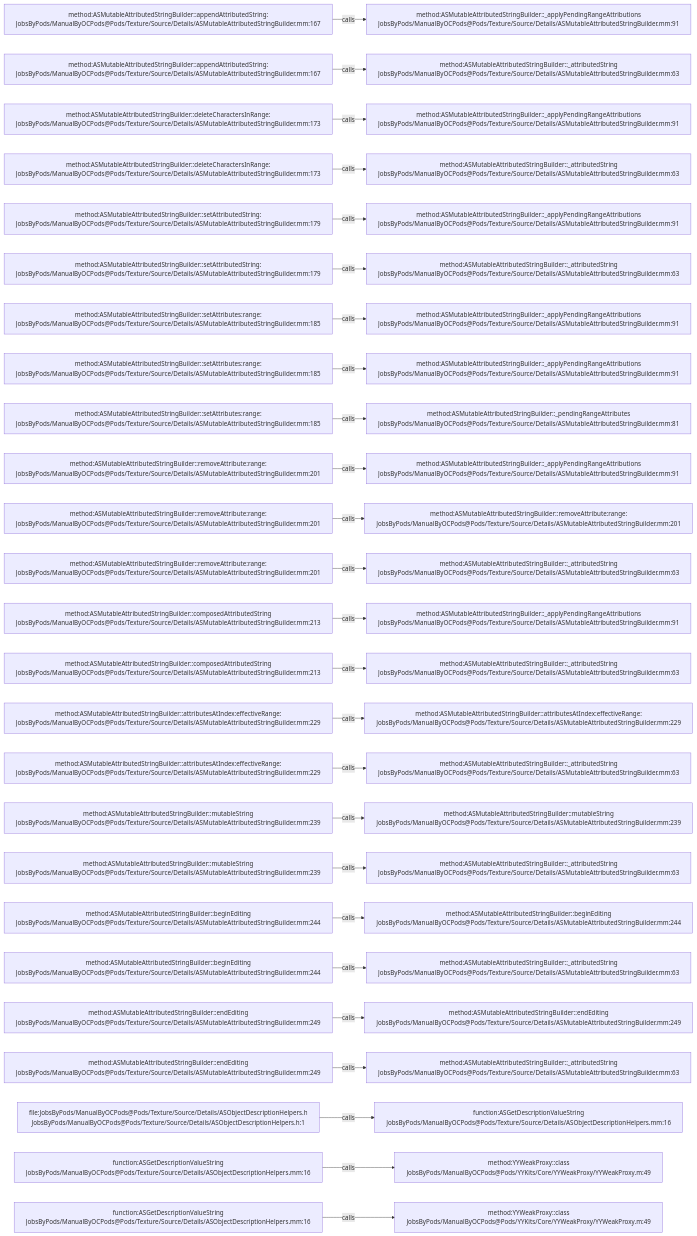
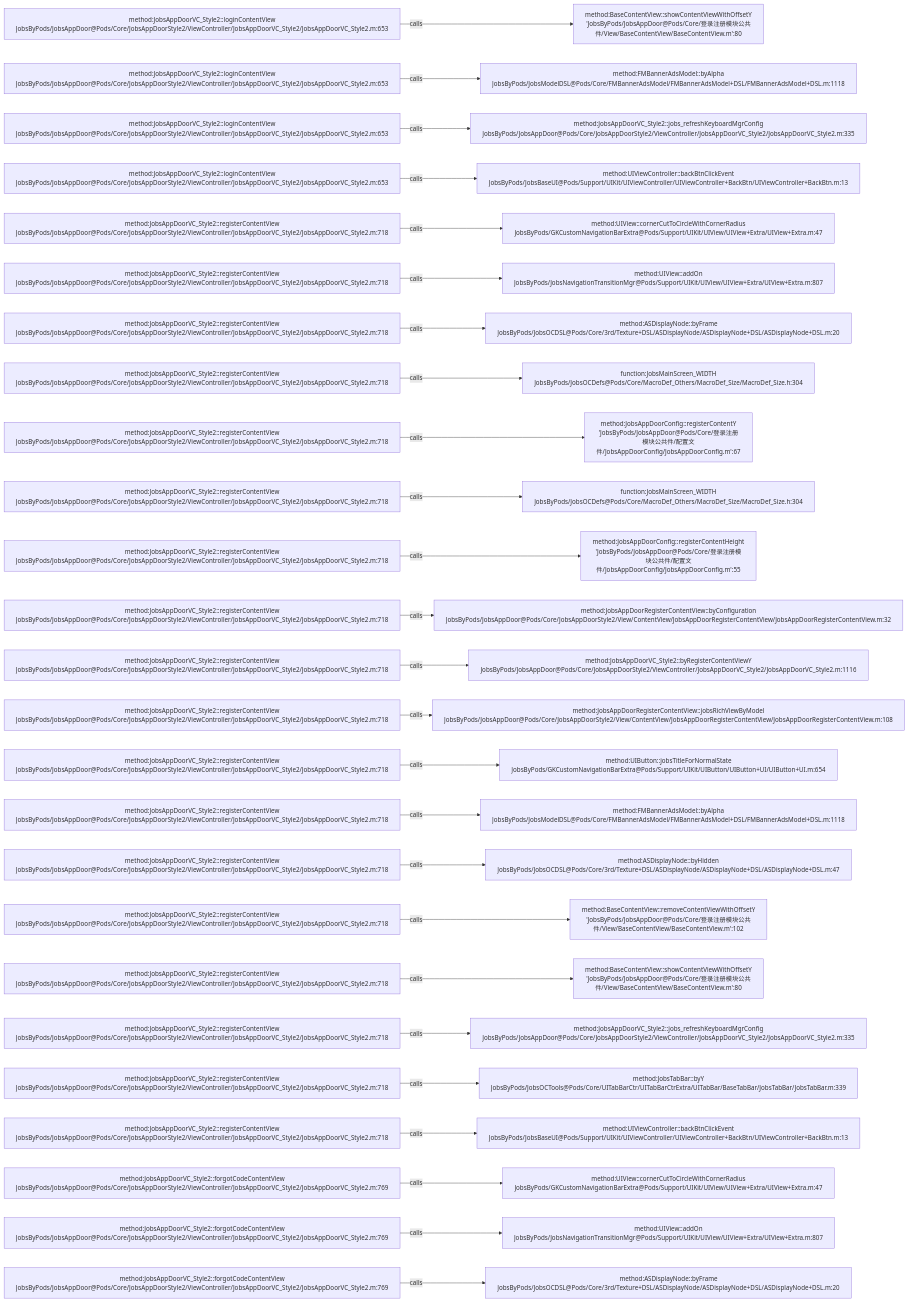
One commit to JobsKits/JobsOCBaseConfigDemo changed the diagram in .codegraph/codegraph.md/graphs/calls-144.md. Above: the diagram before and after it, drawn with Mermaid. The commit also changed 768 other files, not shown here.

````diff
--- a/.codegraph/codegraph.md/graphs/calls-144.md
+++ b/.codegraph/codegraph.md/graphs/calls-144.md
@@ -13,78 +13,78 @@
 ```mermaid
 flowchart LR
-  S1["method:ASMutableAttributedStringBuilder::appendAttributedString:<br/>JobsByPods/ManualByOCPods@Pods/Texture/Source/Details/ASMutableAttributedStringBuilder.mm:167"]
-  T1["method:ASMutableAttributedStringBuilder::_applyPendingRangeAttributions<br/>JobsByPods/ManualByOCPods@Pods/Texture/Source/Details/ASMutableAttributedStringBuilder.mm:91"]
+  S1["method:JobsAppDoorVC_Style2::loginContentView<br/>JobsByPods/JobsAppDoor@Pods/Core/JobsAppDoorStyle2/ViewController/JobsAppDoorVC_Style2/JobsAppDoorVC_Style2.m:653"]
+  T1["method:BaseContentView::showContentViewWithOffsetY<br/>'JobsByPods/JobsAppDoor@Pods/Core/登录注册模块公共件/View/BaseContentView/BaseContentView.m':80"]
   S1 -->|calls| T1
-  S2["method:ASMutableAttributedStringBuilder::appendAttributedString:<br/>JobsByPods/ManualByOCPods@Pods/Texture/Source/Details/ASMutableAttributedStringBuilder.mm:167"]
-  T2["method:ASMutableAttributedStringBuilder::_attributedString<br/>JobsByPods/ManualByOCPods@Pods/Texture/Source/Details/ASMutableAttributedStringBuilder.mm:63"]
+  S2["method:JobsAppDoorVC_Style2::loginContentView<br/>JobsByPods/JobsAppDoor@Pods/Core/JobsAppDoorStyle2/ViewController/JobsAppDoorVC_Style2/JobsAppDoorVC_Style2.m:653"]
+  T2["method:FMBannerAdsModel::byAlpha<br/>JobsByPods/JobsModelDSL@Pods/Core/FMBannerAdsModel/FMBannerAdsModel+DSL/FMBannerAdsModel+DSL.m:1118"]
   S2 -->|calls| T2
-  S3["method:ASMutableAttributedStringBuilder::deleteCharactersInRange:<br/>JobsByPods/ManualByOCPods@Pods/Texture/Source/Details/ASMutableAttributedStringBuilder.mm:173"]
-  T3["method:ASMutableAttributedStringBuilder::_applyPendingRangeAttributions<br/>JobsByPods/ManualByOCPods@Pods/Texture/Source/Details/ASMutableAttributedStringBuilder.mm:91"]
+  S3["method:JobsAppDoorVC_Style2::loginContentView<br/>JobsByPods/JobsAppDoor@Pods/Core/JobsAppDoorStyle2/ViewController/JobsAppDoorVC_Style2/JobsAppDoorVC_Style2.m:653"]
+  T3["method:JobsAppDoorVC_Style2::jobs_refreshKeyboardMgrConfig<br/>JobsByPods/JobsAppDoor@Pods/Core/JobsAppDoorStyle2/ViewController/JobsAppDoorVC_Style2/JobsAppDoorVC_Style2.m:335"]
   S3 -->|calls| T3
-  S4["method:ASMutableAttributedStringBuilder::deleteCharactersInRange:<br/>JobsByPods/ManualByOCPods@Pods/Texture/Source/Details/ASMutableAttributedStringBuilder.mm:173"]
-  T4["method:ASMutableAttributedStringBuilder::_attributedString<br/>JobsByPods/ManualByOCPods@Pods/Texture/Source/Details/ASMutableAttributedStringBuilder.mm:63"]
+  S4["method:JobsAppDoorVC_Style2::loginContentView<br/>JobsByPods/JobsAppDoor@Pods/Core/JobsAppDoorStyle2/ViewController/JobsAppDoorVC_Style2/JobsAppDoorVC_Style2.m:653"]
+  T4["method:UIViewController::backBtnClickEvent<br/>JobsByPods/JobsBaseUI@Pods/Support/UIKit/UIViewController/UIViewController+BackBtn/UIViewController+BackBtn.m:13"]
   S4 -->|calls| T4
-  S5["method:ASMutableAttributedStringBuilder::setAttributedString:<br/>JobsByPods/ManualByOCPods@Pods/Texture/Source/Details/ASMutableAttributedStringBuilder.mm:179"]
-  T5["method:ASMutableAttributedStringBuilder::_applyPendingRangeAttributions<br/>JobsByPods/ManualByOCPods@Pods/Texture/Source/Details/ASMutableAttributedStringBuilder.mm:91"]
+  S5["method:JobsAppDoorVC_Style2::registerContentView<br/>JobsByPods/JobsAppDoor@Pods/Core/JobsAppDoorStyle2/ViewController/JobsAppDoorVC_Style2/JobsAppDoorVC_Style2.m:718"]
+  T5["method:UIView::cornerCutToCircleWithCornerRadius<br/>JobsByPods/GKCustomNavigationBarExtra@Pods/Support/UIKit/UIView/UIView+Extra/UIView+Extra.m:47"]
   S5 -->|calls| T5
-  S6["method:ASMutableAttributedStringBuilder::setAttributedString:<br/>JobsByPods/ManualByOCPods@Pods/Texture/Source/Details/ASMutableAttributedStringBuilder.mm:179"]
-  T6["method:ASMutableAttributedStringBuilder::_attributedString<br/>JobsByPods/ManualByOCPods@Pods/Texture/Source/Details/ASMutableAttributedStringBuilder.mm:63"]
+  S6["method:JobsAppDoorVC_Style2::registerContentView<br/>JobsByPods/JobsAppDoor@Pods/Core/JobsAppDoorStyle2/ViewController/JobsAppDoorVC_Style2/JobsAppDoorVC_Style2.m:718"]
+  T6["method:UIView::addOn<br/>JobsByPods/JobsNavigationTransitionMgr@Pods/Support/UIKit/UIView/UIView+Extra/UIView+Extra.m:807"]
   S6 -->|calls| T6
-  S7["method:ASMutableAttributedStringBuilder::setAttributes:range:<br/>JobsByPods/ManualByOCPods@Pods/Texture/Source/Details/ASMutableAttributedStringBuilder.mm:185"]
-  T7["method:ASMutableAttributedStringBuilder::_applyPendingRangeAttributions<br/>JobsByPods/ManualByOCPods@Pods/Texture/Source/Details/ASMutableAttributedStringBuilder.mm:91"]
+  S7["method:JobsAppDoorVC_Style2::registerContentView<br/>JobsByPods/JobsAppDoor@Pods/Core/JobsAppDoorStyle2/ViewController/JobsAppDoorVC_Style2/JobsAppDoorVC_Style2.m:718"]
+  T7["method:ASDisplayNode::byFrame<br/>JobsByPods/JobsOCDSL@Pods/Core/3rd/Texture+DSL/ASDisplayNode/ASDisplayNode+DSL/ASDisplayNode+DSL.m:20"]
   S7 -->|calls| T7
-  S8["method:ASMutableAttributedStringBuilder::setAttributes:range:<br/>JobsByPods/ManualByOCPods@Pods/Texture/Source/Details/ASMutableAttributedStringBuilder.mm:185"]
-  T8["method:ASMutableAttributedStringBuilder::_applyPendingRangeAttributions<br/>JobsByPods/ManualByOCPods@Pods/Texture/Source/Details/ASMutableAttributedStringBuilder.mm:91"]
+  S8["method:JobsAppDoorVC_Style2::registerContentView<br/>JobsByPods/JobsAppDoor@Pods/Core/JobsAppDoorStyle2/ViewController/JobsAppDoorVC_Style2/JobsAppDoorVC_Style2.m:718"]
+  T8["function:JobsMainScreen_WIDTH<br/>JobsByPods/JobsOCDefs@Pods/Core/MacroDef_Others/MacroDef_Size/MacroDef_Size.h:304"]
   S8 -->|calls| T8
-  S9["method:ASMutableAttributedStringBuilder::setAttributes:range:<br/>JobsByPods/ManualByOCPods@Pods/Texture/Source/Details/ASMutableAttributedStringBuilder.mm:185"]
-  T9["method:ASMutableAttributedStringBuilder::_pendingRangeAttributes<br/>JobsByPods/ManualByOCPods@Pods/Texture/Source/Details/ASMutableAttributedStringBuilder.mm:81"]
+  S9["method:JobsAppDoorVC_Style2::registerContentView<br/>JobsByPods/JobsAppDoor@Pods/Core/JobsAppDoorStyle2/ViewController/JobsAppDoorVC_Style2/JobsAppDoorVC_Style2.m:718"]
+  T9["method:JobsAppDoorConfig::registerContentY<br/>'JobsByPods/JobsAppDoor@Pods/Core/登录注册模块公共件/配置文件/JobsAppDoorConfig/JobsAppDoorConfig.m':67"]
   S9 -->|calls| T9
-  S10["method:ASMutableAttributedStringBuilder::removeAttribute:range:<br/>JobsByPods/ManualByOCPods@Pods/Texture/Source/Details/ASMutableAttributedStringBuilder.mm:201"]
-  T10["method:ASMutableAttributedStringBuilder::_applyPendingRangeAttributions<br/>JobsByPods/ManualByOCPods@Pods/Texture/Source/Details/ASMutableAttributedStringBuilder.mm:91"]
+  S10["method:JobsAppDoorVC_Style2::registerContentView<br/>JobsByPods/JobsAppDoor@Pods/Core/JobsAppDoorStyle2/ViewController/JobsAppDoorVC_Style2/JobsAppDoorVC_Style2.m:718"]
+  T10["function:JobsMainScreen_WIDTH<br/>JobsByPods/JobsOCDefs@Pods/Core/MacroDef_Others/MacroDef_Size/MacroDef_Size.h:304"]
   S10 -->|calls| T10
-  S11["method:ASMutableAttributedStringBuilder::removeAttribute:range:<br/>JobsByPods/ManualByOCPods@Pods/Texture/Source/Details/ASMutableAttributedStringBuilder.mm:201"]
-  T11["method:ASMutableAttributedStringBuilder::removeAttribute:range:<br/>JobsByPods/ManualByOCPods@Pods/Texture/Source/Details/ASMutableAttributedStringBuilder.mm:201"]
+  S11["method:JobsAppDoorVC_Style2::registerContentView<br/>JobsByPods/JobsAppDoor@Pods/Core/JobsAppDoorStyle2/ViewController/JobsAppDoorVC_Style2/JobsAppDoorVC_Style2.m:718"]
+  T11["method:JobsAppDoorConfig::registerContentHeight<br/>'JobsByPods/JobsAppDoor@Pods/Core/登录注册模块公共件/配置文件/JobsAppDoorConfig/JobsAppDoorConfig.m':55"]
   S11 -->|calls| T11
-  S12["method:ASMutableAttributedStringBuilder::removeAttribute:range:<br/>JobsByPods/ManualByOCPods@Pods/Texture/Source/Details/ASMutableAttributedStringBuilder.mm:201"]
-  T12["method:ASMutableAttributedStringBuilder::_attributedString<br/>JobsByPods/ManualByOCPods@Pods/Texture/Source/Details/ASMutableAttributedStringBuilder.mm:63"]
+  S12["method:JobsAppDoorVC_Style2::registerContentView<br/>JobsByPods/JobsAppDoor@Pods/Core/JobsAppDoorStyle2/ViewController/JobsAppDoorVC_Style2/JobsAppDoorVC_Style2.m:718"]
+  T12["method:JobsAppDoorRegisterContentView::byConfiguration<br/>JobsByPods/JobsAppDoor@Pods/Core/JobsAppDoorStyle2/View/ContentView/JobsAppDoorRegisterContentView/JobsAppDoorRegisterContentView.m:32"]
   S12 -->|calls| T12
-  S13["method:ASMutableAttributedStringBuilder::composedAttributedString<br/>JobsByPods/ManualByOCPods@Pods/Texture/Source/Details/ASMutableAttributedStringBuilder.mm:213"]
-  T13["method:ASMutableAttributedStringBuilder::_applyPendingRangeAttributions<br/>JobsByPods/ManualByOCPods@Pods/Texture/Source/Details/ASMutableAttributedStringBuilder.mm:91"]
+  S13["method:JobsAppDoorVC_Style2::registerContentView<br/>JobsByPods/JobsAppDoor@Pods/Core/JobsAppDoorStyle2/ViewController/JobsAppDoorVC_Style2/JobsAppDoorVC_Style2.m:718"]
+  T13["method:JobsAppDoorVC_Style2::byRegisterContentViewY<br/>JobsByPods/JobsAppDoor@Pods/Core/JobsAppDoorStyle2/ViewController/JobsAppDoorVC_Style2/JobsAppDoorVC_Style2.m:1116"]
   S13 -->|calls| T13
-  S14["method:ASMutableAttributedStringBuilder::composedAttributedString<br/>JobsByPods/ManualByOCPods@Pods/Texture/Source/Details/ASMutableAttributedStringBuilder.mm:213"]
-  T14["method:ASMutableAttributedStringBuilder::_attributedString<br/>JobsByPods/ManualByOCPods@Pods/Texture/Source/Details/ASMutableAttributedStringBuilder.mm:63"]
+  S14["method:JobsAppDoorVC_Style2::registerContentView<br/>JobsByPods/JobsAppDoor@Pods/Core/JobsAppDoorStyle2/ViewController/JobsAppDoorVC_Style2/JobsAppDoorVC_Style2.m:718"]
+  T14["method:JobsAppDoorRegisterContentView::jobsRichViewByModel<br/>JobsByPods/JobsAppDoor@Pods/Core/JobsAppDoorStyle2/View/ContentView/JobsAppDoorRegisterContentView/JobsAppDoorRegisterContentView.m:108"]
   S14 -->|calls| T14
-  S15["method:ASMutableAttributedStringBuilder::attributesAtIndex:effectiveRange:<br/>JobsByPods/ManualByOCPods@Pods/Texture/Source/Details/ASMutableAttributedStringBuilder.mm:229"]
-  T15["method:ASMutableAttributedStringBuilder::attributesAtIndex:effectiveRange:<br/>JobsByPods/ManualByOCPods@Pods/Texture/Source/Details/ASMutableAttributedStringBuilder.mm:229"]
+  S15["method:JobsAppDoorVC_Style2::registerContentView<br/>JobsByPods/JobsAppDoor@Pods/Core/JobsAppDoorStyle2/ViewController/JobsAppDoorVC_Style2/JobsAppDoorVC_Style2.m:718"]
+  T15["method:UIButton::jobsTitleForNormalState<br/>JobsByPods/GKCustomNavigationBarExtra@Pods/Support/UIKit/UIButton/UIButton+UI/UIButton+UI.m:654"]
   S15 -->|calls| T15
-  S16["method:ASMutableAttributedStringBuilder::attributesAtIndex:effectiveRange:<br/>JobsByPods/ManualByOCPods@Pods/Texture/Source/Details/ASMutableAttributedStringBuilder.mm:229"]
-  T16["method:ASMutableAttributedStringBuilder::_attributedString<br/>JobsByPods/ManualByOCPods@Pods/Texture/Source/Details/ASMutableAttributedStringBuilder.mm:63"]
+  S16["method:JobsAppDoorVC_Style2::registerContentView<br/>JobsByPods/JobsAppDoor@Pods/Core/JobsAppDoorStyle2/ViewController/JobsAppDoorVC_Style2/JobsAppDoorVC_Style2.m:718"]
+  T16["method:FMBannerAdsModel::byAlpha<br/>JobsByPods/JobsModelDSL@Pods/Core/FMBannerAdsModel/FMBannerAdsModel+DSL/FMBannerAdsModel+DSL.m:1118"]
   S16 -->|calls| T16
-  S17["method:ASMutableAttributedStringBuilder::mutableString<br/>JobsByPods/ManualByOCPods@Pods/Texture/Source/Details/ASMutableAttributedStringBuilder.mm:239"]
-  T17["method:ASMutableAttributedStringBuilder::mutableString<br/>JobsByPods/ManualByOCPods@Pods/Texture/Source/Details/ASMutableAttributedStringBuilder.mm:239"]
+  S17["method:JobsAppDoorVC_Style2::registerContentView<br/>JobsByPods/JobsAppDoor@Pods/Core/JobsAppDoorStyle2/ViewController/JobsAppDoorVC_Style2/JobsAppDoorVC_Style2.m:718"]
+  T17["method:ASDisplayNode::byHidden<br/>JobsByPods/JobsOCDSL@Pods/Core/3rd/Texture+DSL/ASDisplayNode/ASDisplayNode+DSL/ASDisplayNode+DSL.m:47"]
   S17 -->|calls| T17
-  S18["method:ASMutableAttributedStringBuilder::mutableString<br/>JobsByPods/ManualByOCPods@Pods/Texture/Source/Details/ASMutableAttributedStringBuilder.mm:239"]
-  T18["method:ASMutableAttributedStringBuilder::_attributedString<br/>JobsByPods/ManualByOCPods@Pods/Texture/Source/Details/ASMutableAttributedStringBuilder.mm:63"]
+  S18["method:JobsAppDoorVC_Style2::registerContentView<br/>JobsByPods/JobsAppDoor@Pods/Core/JobsAppDoorStyle2/ViewController/JobsAppDoorVC_Style2/JobsAppDoorVC_Style2.m:718"]
+  T18["method:BaseContentView::removeContentViewWithOffsetY<br/>'JobsByPods/JobsAppDoor@Pods/Core/登录注册模块公共件/View/BaseContentView/BaseContentView.m':102"]
   S18 -->|calls| T18
-  S19["method:ASMutableAttributedStringBuilder::beginEditing<br/>JobsByPods/ManualByOCPods@Pods/Texture/Source/Details/ASMutableAttributedStringBuilder.mm:244"]
-  T19["method:ASMutableAttributedStringBuilder::beginEditing<br/>JobsByPods/ManualByOCPods@Pods/Texture/Source/Details/ASMutableAttributedStringBuilder.mm:244"]
+  S19["method:JobsAppDoorVC_Style2::registerContentView<br/>JobsByPods/JobsAppDoor@Pods/Core/JobsAppDoorStyle2/ViewController/JobsAppDoorVC_Style2/JobsAppDoorVC_Style2.m:718"]
+  T19["method:BaseContentView::showContentViewWithOffsetY<br/>'JobsByPods/JobsAppDoor@Pods/Core/登录注册模块公共件/View/BaseContentView/BaseContentView.m':80"]
   S19 -->|calls| T19
-  S20["method:ASMutableAttributedStringBuilder::beginEditing<br/>JobsByPods/ManualByOCPods@Pods/Texture/Source/Details/ASMutableAttributedStringBuilder.mm:244"]
-  T20["method:ASMutableAttributedStringBuilder::_attributedString<br/>JobsByPods/ManualByOCPods@Pods/Texture/Source/Details/ASMutableAttributedStringBuilder.mm:63"]
+  S20["method:JobsAppDoorVC_Style2::registerContentView<br/>JobsByPods/JobsAppDoor@Pods/Core/JobsAppDoorStyle2/ViewController/JobsAppDoorVC_Style2/JobsAppDoorVC_Style2.m:718"]
+  T20["method:JobsAppDoorVC_Style2::jobs_refreshKeyboardMgrConfig<br/>JobsByPods/JobsAppDoor@Pods/Core/JobsAppDoorStyle2/ViewController/JobsAppDoorVC_Style2/JobsAppDoorVC_Style2.m:335"]
   S20 -->|calls| T20
-  S21["method:ASMutableAttributedStringBuilder::endEditing<br/>JobsByPods/ManualByOCPods@Pods/Texture/Source/Details/ASMutableAttributedStringBuilder.mm:249"]
-  T21["method:ASMutableAttributedStringBuilder::endEditing<br/>JobsByPods/ManualByOCPods@Pods/Texture/Source/Details/ASMutableAttributedStringBuilder.mm:249"]
+  S21["method:JobsAppDoorVC_Style2::registerContentView<br/>JobsByPods/JobsAppDoor@Pods/Core/JobsAppDoorStyle2/ViewController/JobsAppDoorVC_Style2/JobsAppDoorVC_Style2.m:718"]
+  T21["method:JobsTabBar::byY<br/>JobsByPods/JobsOCTools@Pods/Core/UITabBarCtr/UITabBarCtrExtra/UITabBar/BaseTabBar/JobsTabBar/JobsTabBar.m:339"]
   S21 -->|calls| T21
-  S22["method:ASMutableAttributedStringBuilder::endEditing<br/>JobsByPods/ManualByOCPods@Pods/Texture/Source/Details/ASMutableAttributedStringBuilder.mm:249"]
-  T22["method:ASMutableAttributedStringBuilder::_attributedString<br/>JobsByPods/ManualByOCPods@Pods/Texture/Source/Details/ASMutableAttributedStringBuilder.mm:63"]
+  S22["method:JobsAppDoorVC_Style2::registerContentView<br/>JobsByPods/JobsAppDoor@Pods/Core/JobsAppDoorStyle2/ViewController/JobsAppDoorVC_Style2/JobsAppDoorVC_Style2.m:718"]
+  T22["method:UIViewController::backBtnClickEvent<br/>JobsByPods/JobsBaseUI@Pods/Support/UIKit/UIViewController/UIViewController+BackBtn/UIViewController+BackBtn.m:13"]
   S22 -->|calls| T22
-  S23["file:JobsByPods/ManualByOCPods@Pods/Texture/Source/Details/ASObjectDescriptionHelpers.h<br/>JobsByPods/ManualByOCPods@Pods/Texture/Source/Details/ASObjectDescriptionHelpers.h:1"]
-  T23["function:ASGetDescriptionValueString<br/>JobsByPods/ManualByOCPods@Pods/Texture/Source/Details/ASObjectDescriptionHelpers.mm:16"]
+  S23["method:JobsAppDoorVC_Style2::forgotCodeContentView<br/>JobsByPods/JobsAppDoor@Pods/Core/JobsAppDoorStyle2/ViewController/JobsAppDoorVC_Style2/JobsAppDoorVC_Style2.m:769"]
+  T23["method:UIView::cornerCutToCircleWithCornerRadius<br/>JobsByPods/GKCustomNavigationBarExtra@Pods/Support/UIKit/UIView/UIView+Extra/UIView+Extra.m:47"]
   S23 -->|calls| T23
-  S24["function:ASGetDescriptionValueString<br/>JobsByPods/ManualByOCPods@Pods/Texture/Source/Details/ASObjectDescriptionHelpers.mm:16"]
-  T24["method:YYWeakProxy::class<br/>JobsByPods/ManualByOCPods@Pods/YYKits/Core/YYWeakProxy/YYWeakProxy.m:49"]
+  S24["method:JobsAppDoorVC_Style2::forgotCodeContentView<br/>JobsByPods/JobsAppDoor@Pods/Core/JobsAppDoorStyle2/ViewController/JobsAppDoorVC_Style2/JobsAppDoorVC_Style2.m:769"]
+  T24["method:UIView::addOn<br/>JobsByPods/JobsNavigationTransitionMgr@Pods/Support/UIKit/UIView/UIView+Extra/UIView+Extra.m:807"]
   S24 -->|calls| T24
-  S25["function:ASGetDescriptionValueString<br/>JobsByPods/ManualByOCPods@Pods/Texture/Source/Details/ASObjectDescriptionHelpers.mm:16"]
-  T25["method:YYWeakProxy::class<br/>JobsByPods/ManualByOCPods@Pods/YYKits/Core/YYWeakProxy/YYWeakProxy.m:49"]
+  S25["method:JobsAppDoorVC_Style2::forgotCodeContentView<br/>JobsByPods/JobsAppDoor@Pods/Core/JobsAppDoorStyle2/ViewController/JobsAppDoorVC_Style2/JobsAppDoorVC_Style2.m:769"]
+  T25["method:ASDisplayNode::byFrame<br/>JobsByPods/JobsOCDSL@Pods/Core/3rd/Texture+DSL/ASDisplayNode/ASDisplayNode+DSL/ASDisplayNode+DSL.m:20"]
   S25 -->|calls| T25
 ```
````
